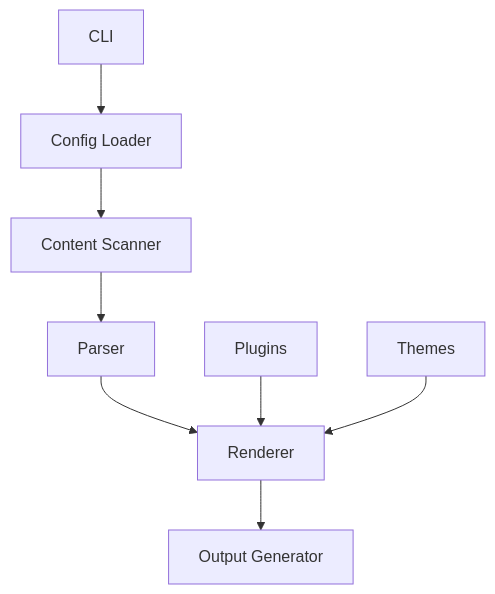
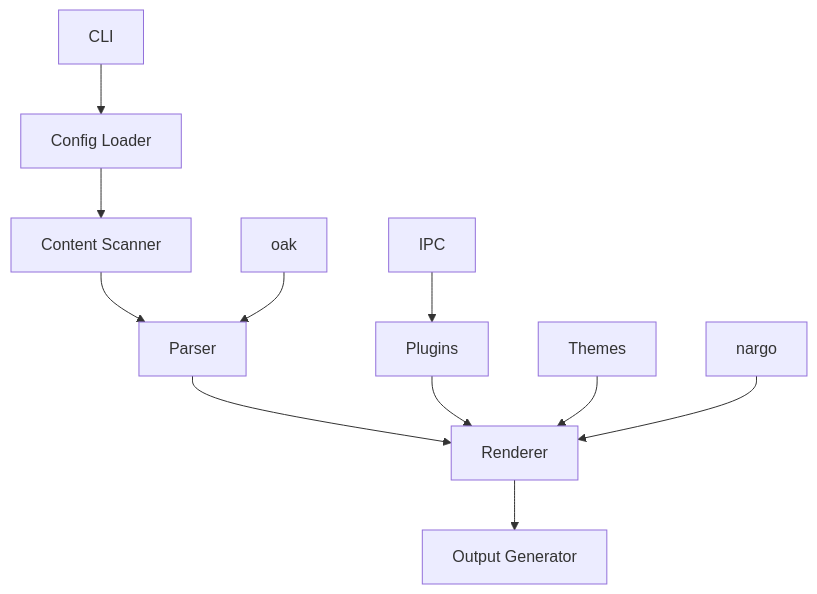
One commit to doki-land/rusty-ssg changed the diagram in compilers/readme-template.md. Above: the diagram before and after it, drawn with Mermaid. The commit also changed other lines of this file and 134 other files, not shown here.

````diff
--- a/compilers/readme-template.md
+++ b/compilers/readme-template.md
@@ -62,10 +64,13 @@
 ```mermaid
 flowchart TD
     A[CLI] --> B[Config Loader]
     B --> C[Content Scanner]
     C --> D[Parser]
     D --> E[Renderer]
     E --> F[Output Generator]
     G[Plugins] --> E
     H[Themes] --> E
+    I[nargo] --> E
+    J[oak] --> D
+    K[IPC] --> G
 ```
````
